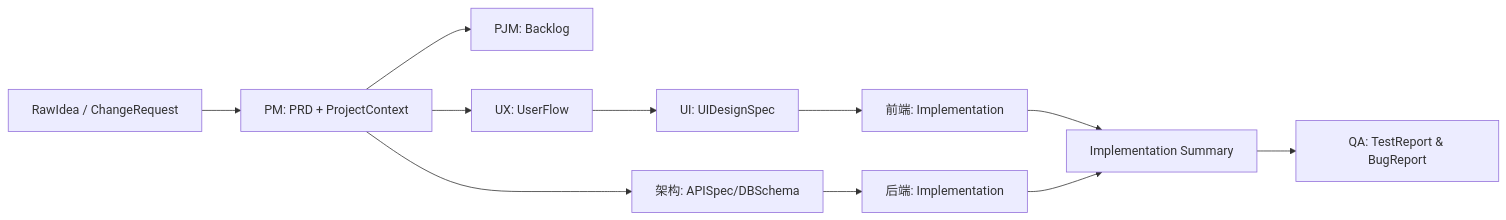
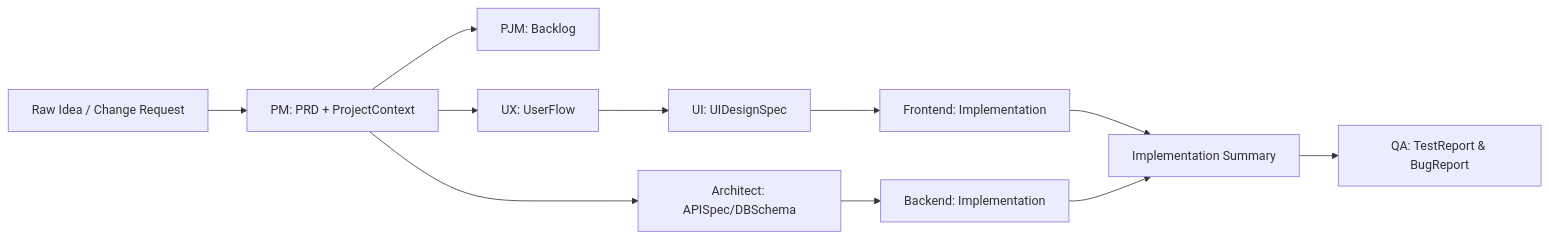
Before and after one commit to liuqin164/openclaw-agents-team-skill: the first of 2 diagrams in README.md, drawn with Mermaid. The commit also changed other lines of this file, not shown here.

````diff
--- a/README.md
+++ b/README.md
@@ -81,13 +82,13 @@
 ```mermaid
 flowchart LR
-  A[RawIdea / ChangeRequest] --> B[PM: PRD + ProjectContext]
+  A[Raw Idea / Change Request] --> B[PM: PRD + ProjectContext]
   B --> C[PJM: Backlog]
   B --> D[UX: UserFlow]
   D --> E[UI: UIDesignSpec]
-  B --> F[架构: APISpec/DBSchema]
-  E --> G[前端: Implementation]
-  F --> H[后端: Implementation]
+  B --> F[Architect: APISpec/DBSchema]
+  E --> G[Frontend: Implementation]
+  F --> H[Backend: Implementation]
   G --> I[Implementation Summary]
   H --> I
   I --> J[QA: TestReport & BugReport]
 ```
````
